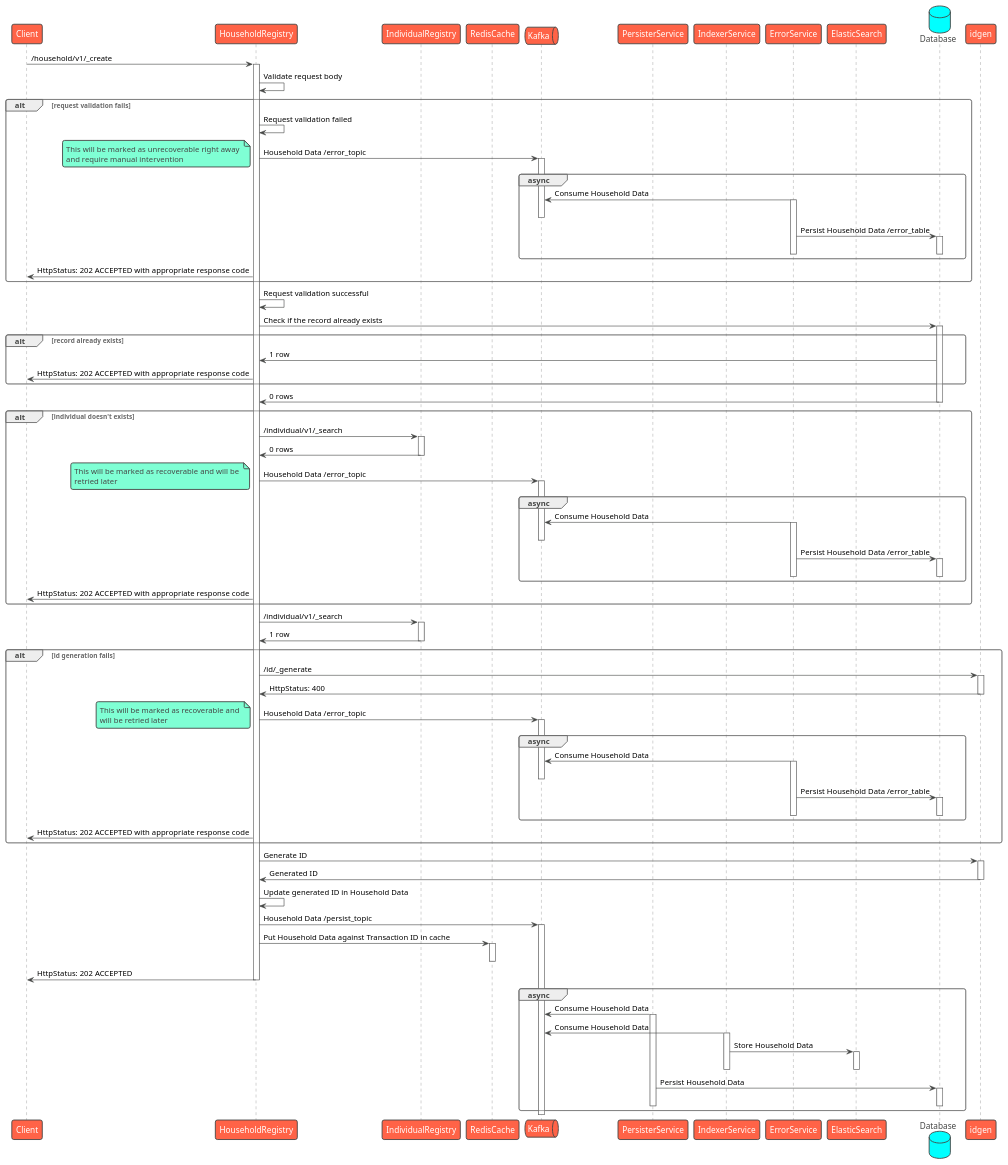
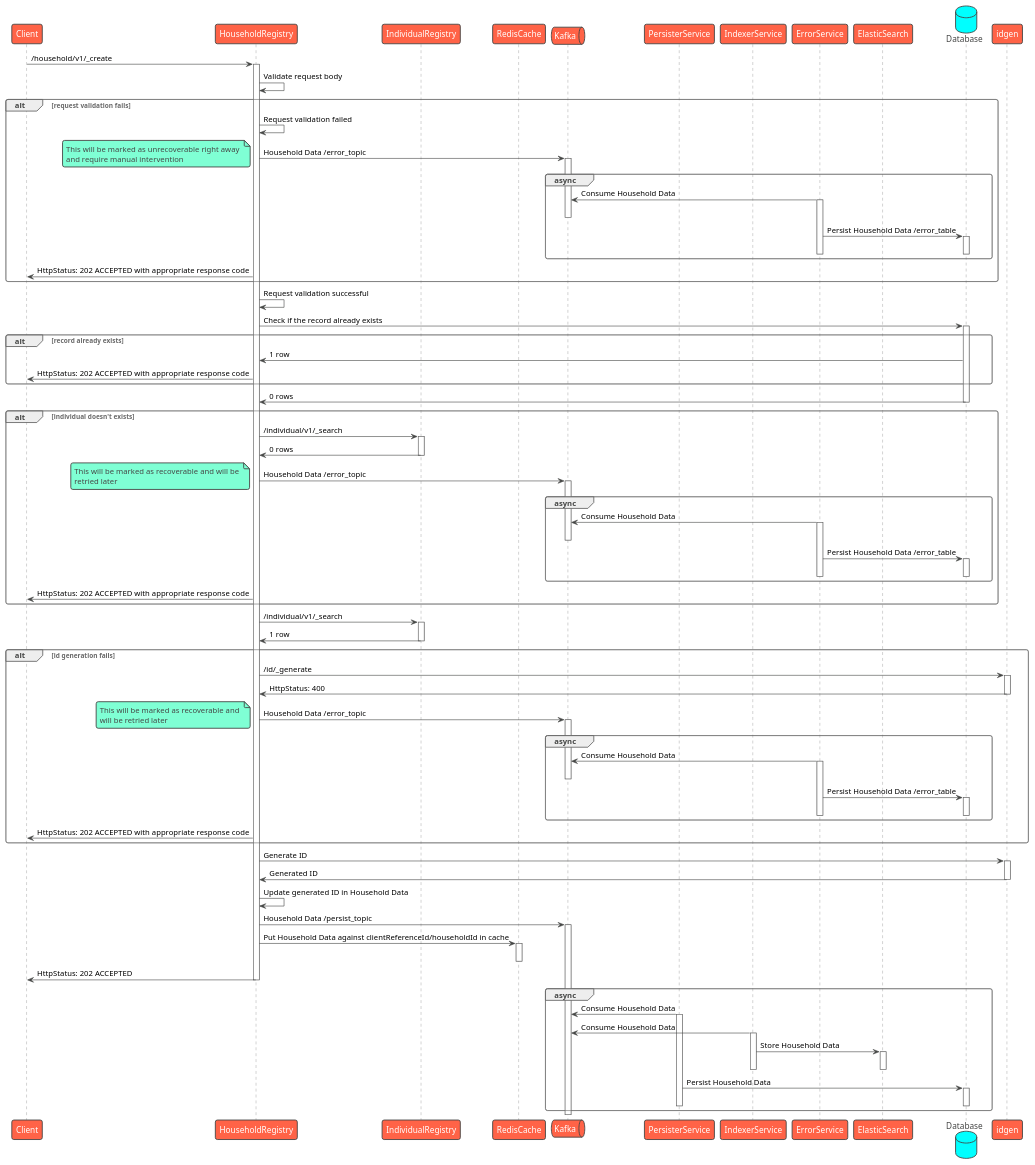
Before and after one commit to egovernments/health-api-specs: the diagram in contracts/registries/household/sequence/create.puml, drawn with PlantUML. The commit also changed 5 other files, not shown here.

Commit message:
Sequence: Replaced txnId with clientReferenceId

```diff
--- a/contracts/registries/household/sequence/create.puml
+++ b/contracts/registries/household/sequence/create.puml
@@ -1,119 +1,119 @@
 @startuml Household Registry - Create
 !theme vibrant
 participant Client as c
 participant HouseholdRegistry as hr
 participant IndividualRegistry as ir
 participant RedisCache as rc
 queue Kafka as k
 participant PersisterService as prs
 participant IndexerService as idx
 participant ErrorService as es
 participant ElasticSearch as el
 database Database as db
 c -> hr : /household/v1/_create
 activate hr
 hr -> hr: Validate request body
 alt request validation fails
     hr -> hr: Request validation failed
     hr -> k: Household Data /error_topic
     note left
         This will be marked as unrecoverable right away 
         and require manual intervention
     end note
     activate k
     group async
         es -> k: Consume Household Data
         activate es
         deactivate k
         es -> db: Persist Household Data /error_table
         activate db
         deactivate db
         deactivate es
     end
     hr -> c: HttpStatus: 202 ACCEPTED with appropriate response code
 end
 hr -> hr: Request validation successful
 hr -> db: Check if the record already exists
 alt record already exists
     activate db
     db -> hr: 1 row
     hr -> c: HttpStatus: 202 ACCEPTED with appropriate response code
 end
 db -> hr: 0 rows
 deactivate db
 alt individual doesn't exists
     hr -> ir: /individual/v1/_search
     activate ir
     ir -> hr: 0 rows
     deactivate ir
     hr -> k: Household Data /error_topic
     note left
         This will be marked as recoverable and will be 
         retried later
     end note
     activate k
     group async
         es -> k: Consume Household Data
         activate es
         deactivate k
         es -> db: Persist Household Data /error_table
         activate db
         deactivate db
         deactivate es
     end
     hr -> c: HttpStatus: 202 ACCEPTED with appropriate response code
 end
 hr -> ir: /individual/v1/_search
 activate ir
 ir -> hr: 1 row
 deactivate ir
 alt id generation fails
     hr -> idgen: /id/_generate
     activate idgen
     idgen -> hr: HttpStatus: 400
     deactivate idgen
     hr -> k: Household Data /error_topic
     note left
         This will be marked as recoverable and 
         will be retried later
     end note
     activate k
     group async
         es -> k: Consume Household Data
         activate es
         deactivate k
         es -> db: Persist Household Data /error_table
         activate db
         deactivate db
         deactivate es
     end
     hr -> c: HttpStatus: 202 ACCEPTED with appropriate response code
 end
 hr -> idgen: Generate ID
 activate idgen
 idgen -> hr: Generated ID
 deactivate idgen
 hr -> hr: Update generated ID in Household Data
 hr -> k: Household Data /persist_topic
 activate k
-hr -> rc: Put Household Data against Transaction ID in cache
+hr -> rc: Put Household Data against clientReferenceId/householdId in cache
 activate rc
 deactivate rc
 hr -> c: HttpStatus: 202 ACCEPTED
 deactivate hr
 group async
     prs -> k: Consume Household Data
     activate prs
     idx -> k: Consume Household Data
     activate idx
     idx -> el: Store Household Data
     activate el
     deactivate el
     deactivate idx
     prs -> db: Persist Household Data
     activate db
     deactivate db
     deactivate prs
 end
 deactivate k
 @enduml
```
